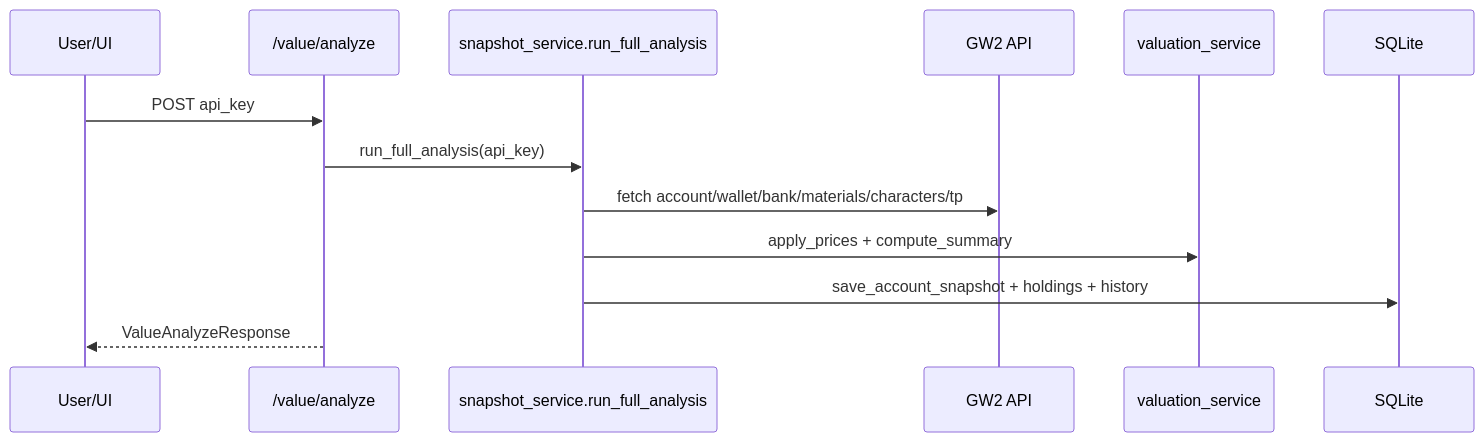
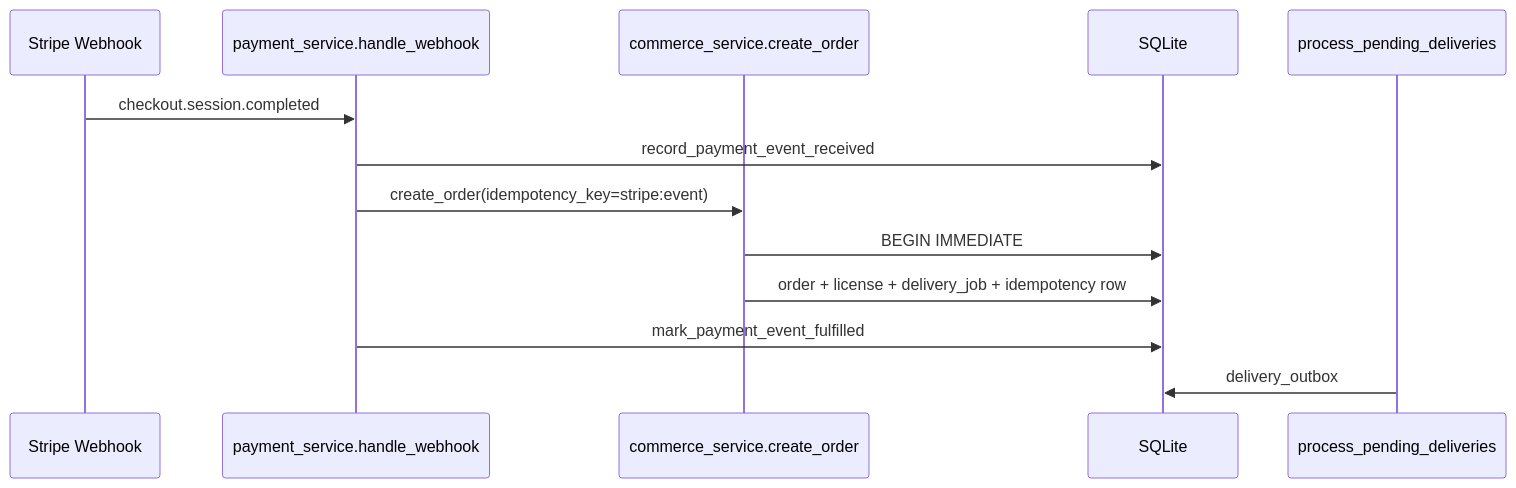
The second of 3 diagrams in docs/architecture-code-graph-analysis.md (NeilXinpengLi/gw2-progression), drawn with Mermaid before and after one commit. The commit also changed other lines of this file and 2 other files, not shown here.

Commit message:
Update code graph maturity analysis

````diff
--- a/docs/architecture-code-graph-analysis.md
+++ b/docs/architecture-code-graph-analysis.md
@@ -130,16 +136,16 @@
 ```mermaid
 sequenceDiagram
-    participant U as User/UI
-    participant API as /value/analyze
-    participant SS as snapshot_service.run_full_analysis
-    participant GW2 as GW2 API
-    participant VS as valuation_service
+    participant Stripe as Stripe Webhook
+    participant Payment as payment_service.handle_webhook
+    participant Commerce as commerce_service.create_order
     participant DB as SQLite
+    participant Delivery as process_pending_deliveries
 
-    U->>API: POST api_key
-    API->>SS: run_full_analysis(api_key)
-    SS->>GW2: fetch account/wallet/bank/materials/characters/tp
-    SS->>VS: apply_prices + compute_summary
-    SS->>DB: save_account_snapshot + holdings + history
-    API-->>U: ValueAnalyzeResponse
+    Stripe->>Payment: checkout.session.completed
+    Payment->>DB: record_payment_event_received
+    Payment->>Commerce: create_order(idempotency_key=stripe:event)
+    Commerce->>DB: BEGIN IMMEDIATE
+    Commerce->>DB: order + license + delivery_job + idempotency row
+    Payment->>DB: mark_payment_event_fulfilled
+    Delivery->>DB: delivery_outbox
 ```
````
